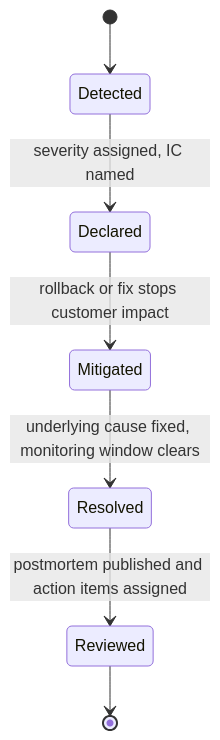
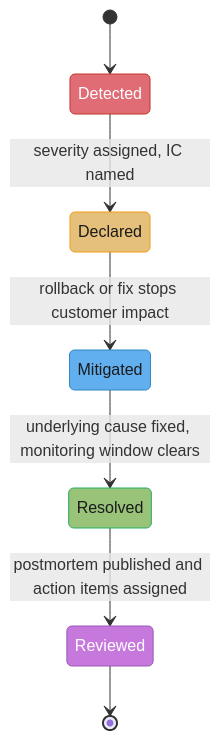
One commit to rppol/system-design changed the third of 4 diagrams in src/main/java/com/rutik/systemdesign/soft_skills/incident_communication_and_postmortems/incident_communication_and_postmortems.md. Above: the diagram before and after it, drawn with Mermaid. The commit also changed other lines of this file and 655 other files, not shown here.

````diff
--- a/src/main/java/com/rutik/systemdesign/soft_skills/incident_communication_and_postmortems/incident_communication_and_postmortems.md
+++ b/src/main/java/com/rutik/systemdesign/soft_skills/incident_communication_and_postmortems/incident_communication_and_postmortems.md
@@ -190,9 +190,20 @@
 ```mermaid
 stateDiagram-v2
     [*] --> Detected
     Detected --> Declared: severity assigned, IC named
     Declared --> Mitigated: rollback or fix stops customer impact
     Mitigated --> Resolved: underlying cause fixed, monitoring window clears
     Resolved --> Reviewed: postmortem published and action items assigned
     Reviewed --> [*]
+
+    classDef bad    fill:#e06c75,stroke:#c0392b,color:#fff
+    classDef warn   fill:#e5c07b,stroke:#f39c12,color:#1a1a1a
+    classDef info   fill:#61afef,stroke:#2e86c1,color:#1a1a1a
+    classDef good   fill:#98c379,stroke:#27ae60,color:#1a1a1a
+    classDef accent fill:#c678dd,stroke:#9b59b6,color:#fff
+    class Detected bad
+    class Declared warn
+    class Mitigated info
+    class Resolved good
+    class Reviewed accent
 ```
````
